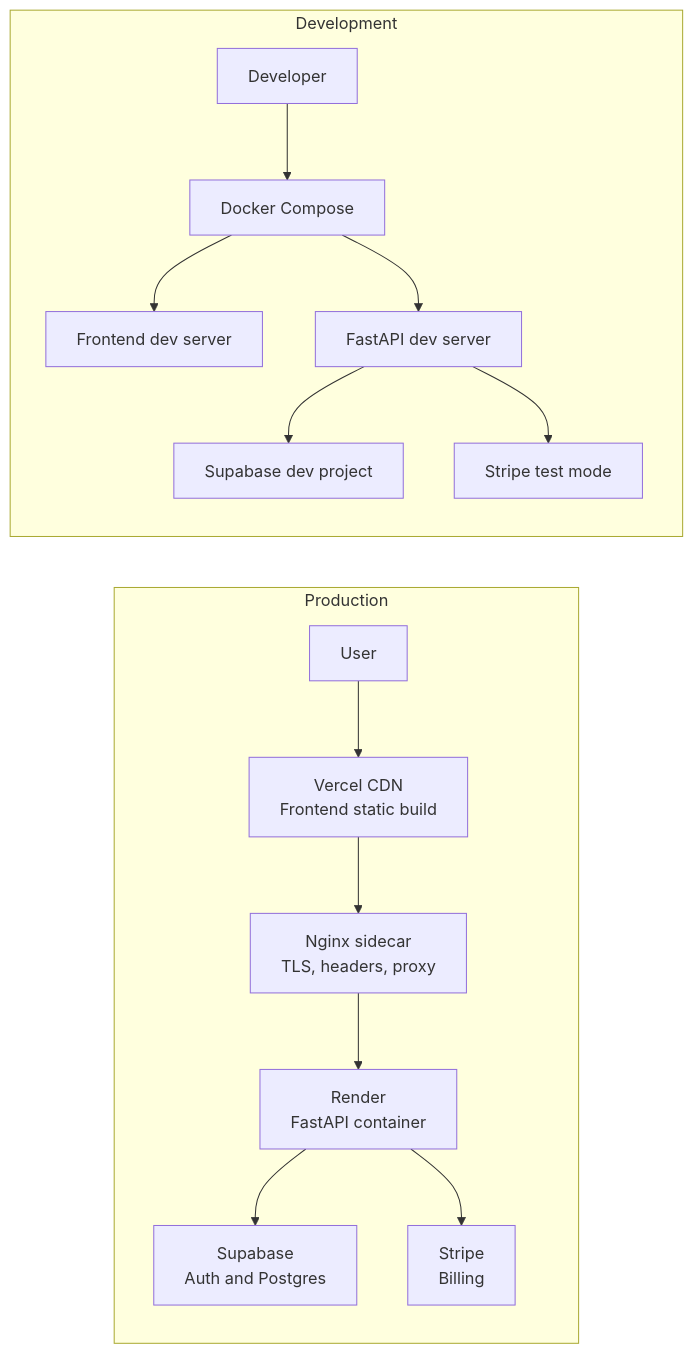
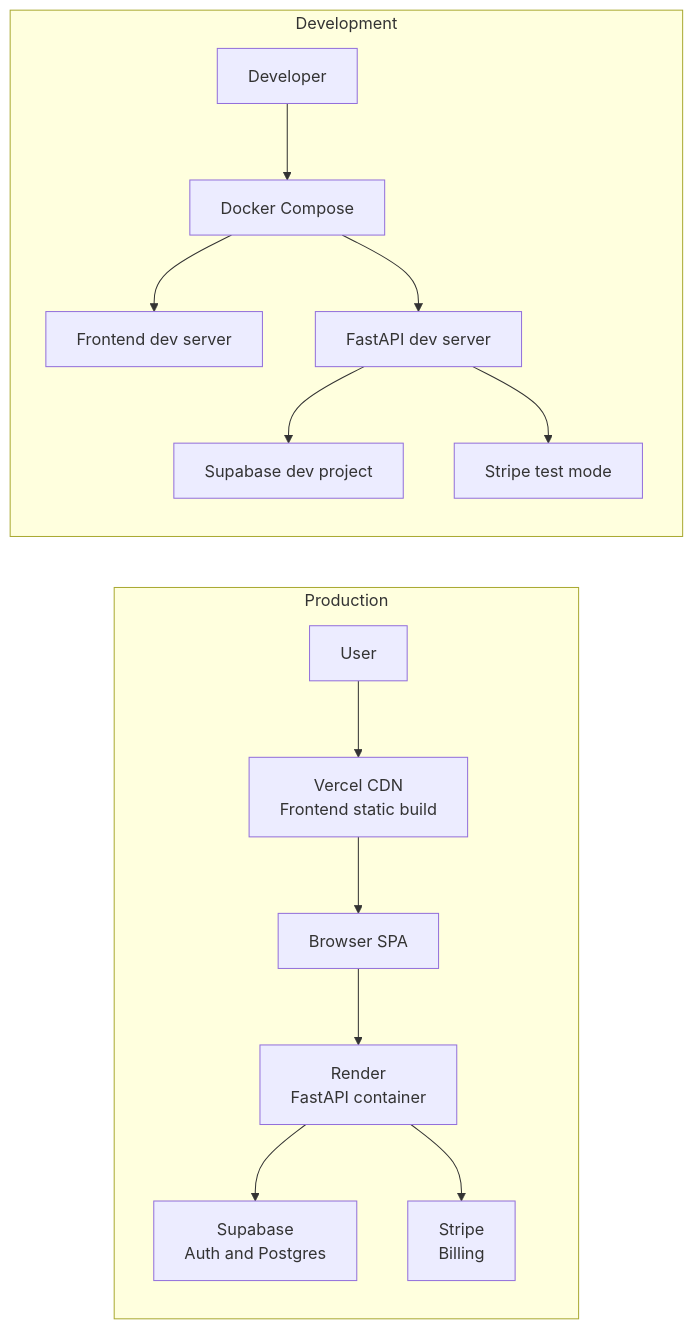
Before and after one commit to Aditya-Tripuraneni/Praxis: the fourth of 4 diagrams in README.md, drawn with Mermaid. The commit also changed other lines of this file, not shown here.

First line of the commit message:
Align README diagrams with repo docs

````diff
--- a/README.md
+++ b/README.md
@@ -138,17 +138,17 @@
 ```mermaid
 graph LR
   subgraph Production
     User[User] --> Vercel[Vercel CDN<br/>Frontend static build]
-    Vercel --> Nginx[Nginx sidecar<br/>TLS, headers, proxy]
-    Nginx --> Render[Render<br/>FastAPI container]
+    Vercel --> Browser[Browser SPA]
+    Browser --> Render[Render<br/>FastAPI container]
     Render --> Supabase[Supabase<br/>Auth and Postgres]
     Render --> Stripe[Stripe<br/>Billing]
   end
   subgraph Development
     Dev[Developer] --> Compose[Docker Compose]
     Compose --> DevFrontend[Frontend dev server]
     Compose --> DevAPI[FastAPI dev server]
     DevAPI --> DevSupabase[Supabase dev project]
     DevAPI --> DevStripe[Stripe test mode]
   end
 ```
````
